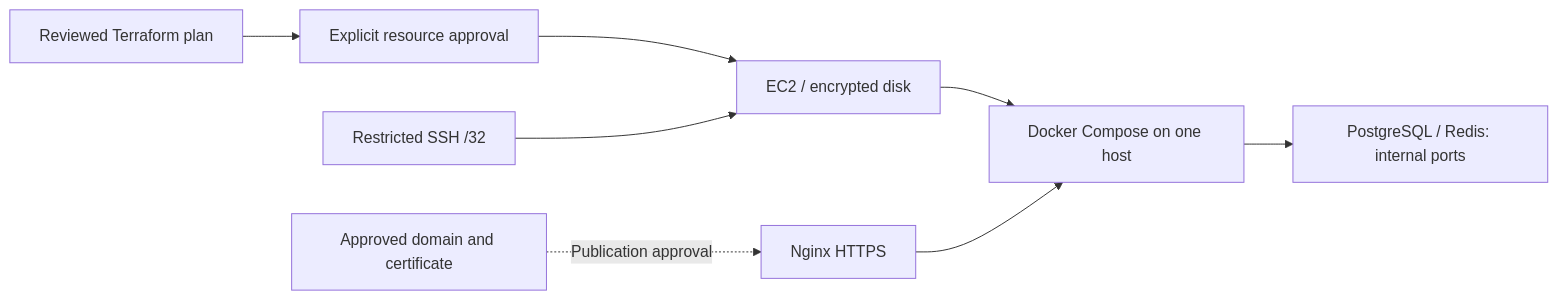
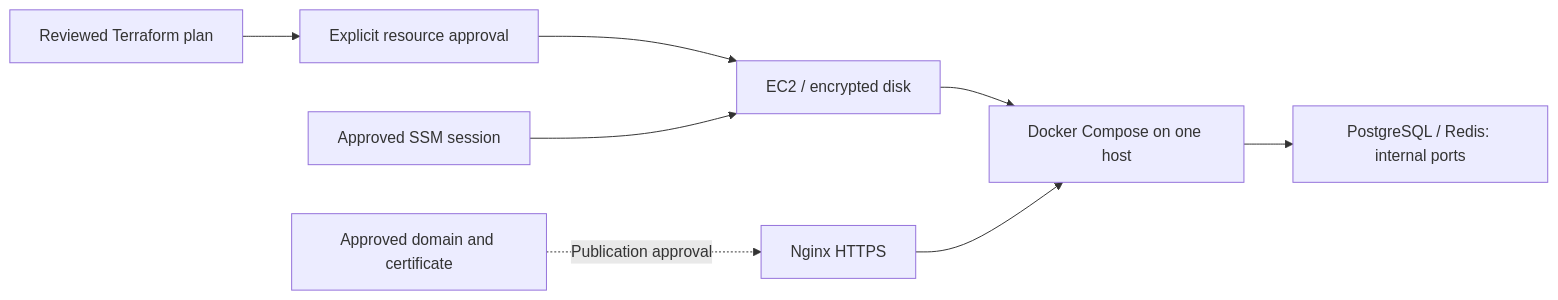
The fifth of 5 diagrams in README.md (RithvikReddySiddenki/FlowState), drawn with Mermaid before and after one commit. The commit also changed other lines of this file and 10 other files, not shown here.

````diff
--- a/README.md
+++ b/README.md
@@ -184,10 +184,10 @@
 ```mermaid
 flowchart LR
   Terraform[Reviewed Terraform plan] --> Approval[Explicit resource approval]
   Approval --> EC2[EC2 / encrypted disk]
-  Admin[Restricted SSH /32] --> EC2
+  Admin[Approved SSM session] --> EC2
   EC2 --> Compose[Docker Compose on one host]
   Compose --> Private[PostgreSQL / Redis: internal ports]
   Domain[Approved domain and certificate] -. Publication approval .-> HTTPS[Nginx HTTPS]
   HTTPS --> Compose
 ```
````
